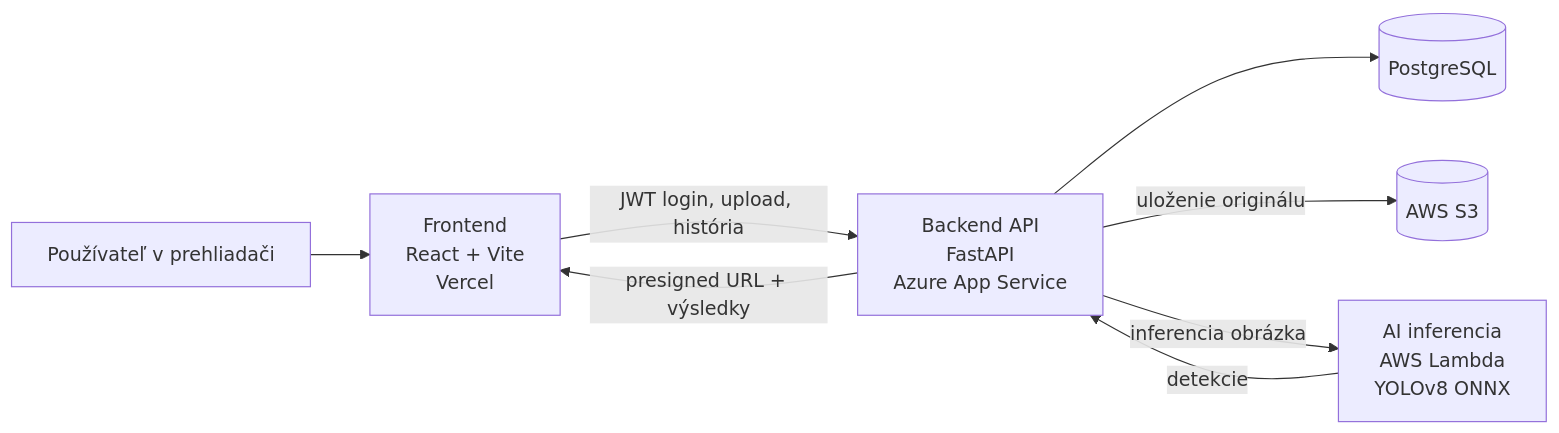
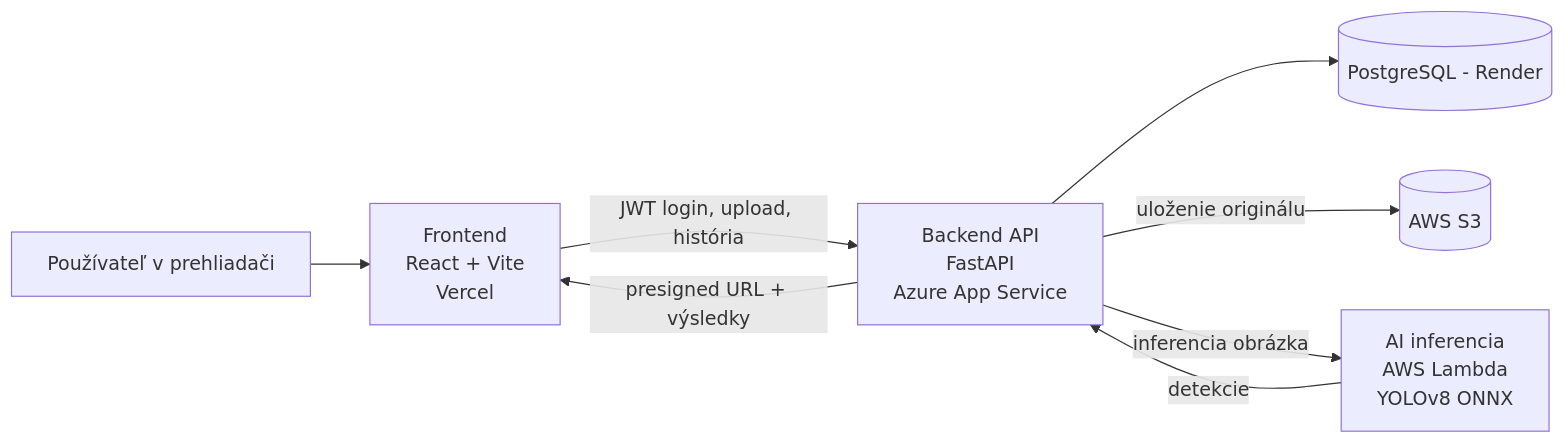
The diagram in README.md (Micsike-prog/CT-Zadanie2), drawn with Mermaid before and after one commit.

Commit message:
Update database description in README

````diff
--- a/README.md
+++ b/README.md
@@ -65,17 +65,17 @@
 ```mermaid
 flowchart LR
     U[Používateľ v prehliadači]
     FE[Frontend\nReact + Vite\nVercel]
     BE[Backend API\nFastAPI\nAzure App Service]
-    DB[(PostgreSQL)]
+    DB[(PostgreSQL - Render)]
     S3[(AWS S3)]
     L[AI inferencia\nAWS Lambda\nYOLOv8 ONNX]
 
     U --> FE
     FE -->|JWT login, upload, história| BE
     BE --> DB
     BE -->|uloženie originálu| S3
     BE -->|inferencia obrázka| L
     L -->|detekcie| BE
     BE -->|presigned URL + výsledky| FE
 ```
````
